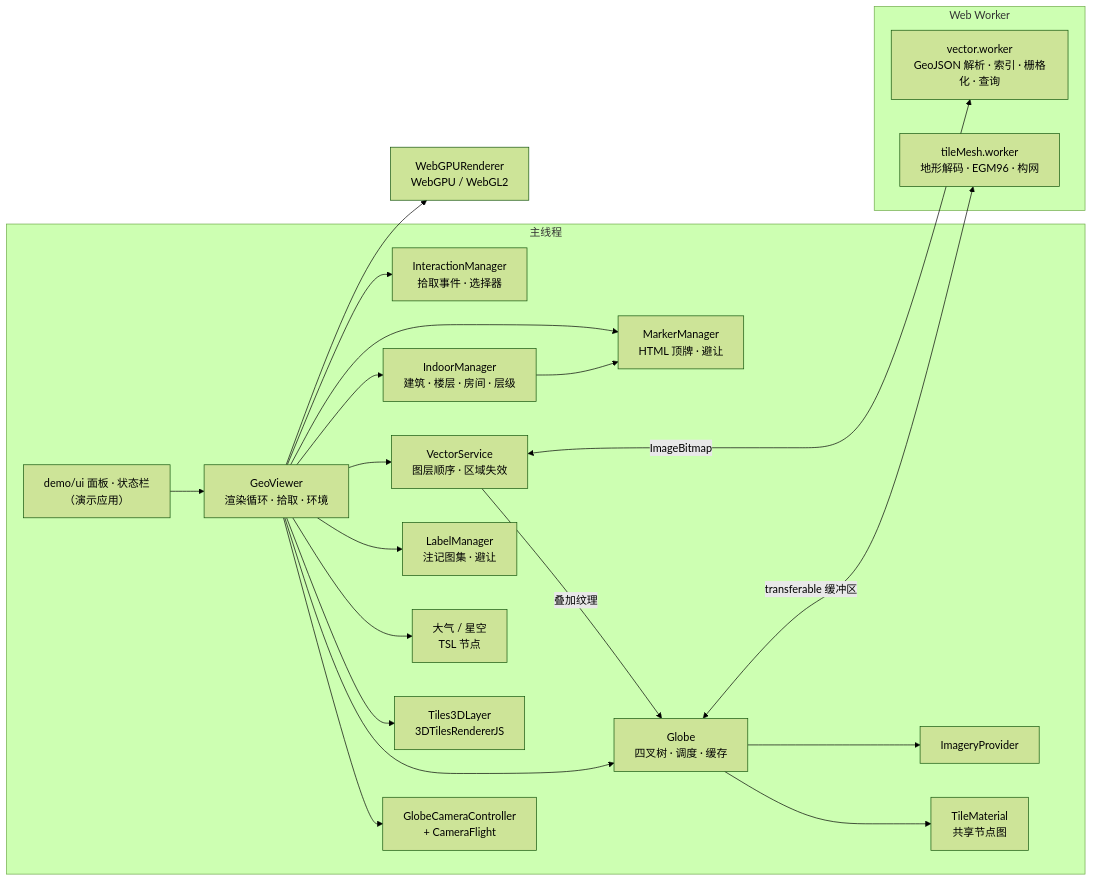
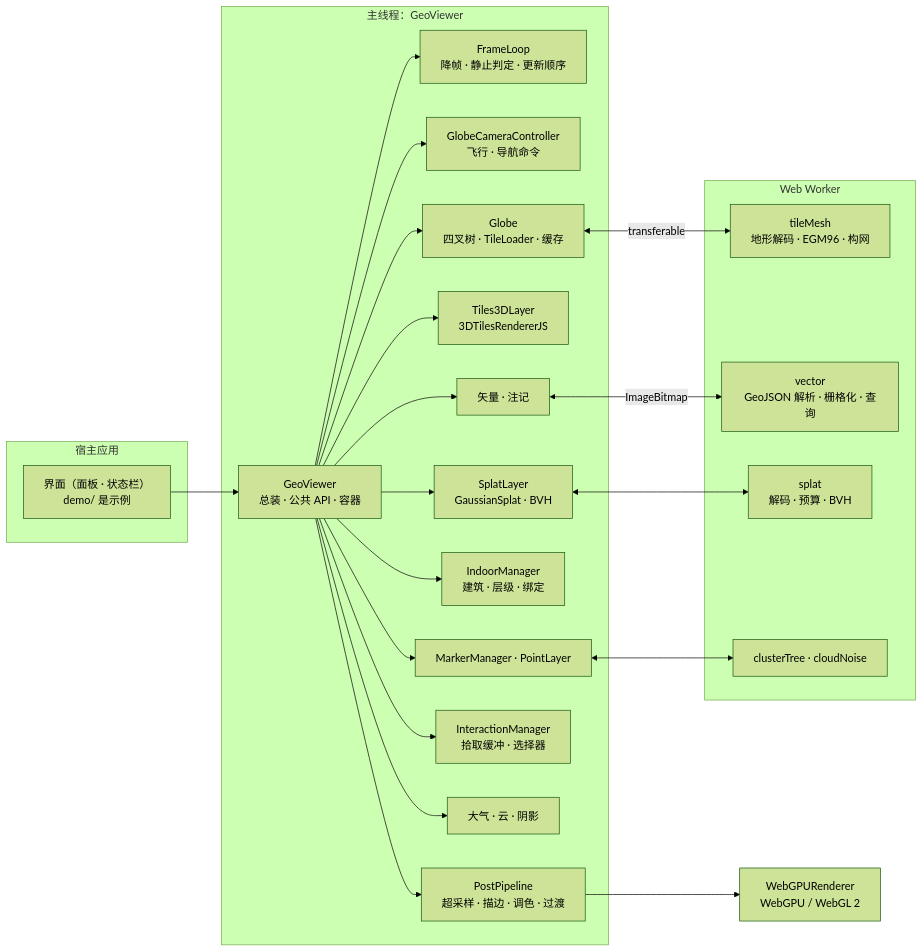
One commit to Yoy0o/TerraView changed the diagram in README.md. Above: the diagram before and after it, drawn with Mermaid (forest theme). The commit also changed other lines of this file and 6 other files, not shown here.

````diff
--- a/README.md
+++ b/README.md
@@ -215,26 +334,31 @@
 ```mermaid
 flowchart LR
-  subgraph Main["主线程"]
-    UI["demo/ui 面板 · 状态栏<br/>（演示应用）"] --> V["GeoViewer<br/>渲染循环 · 拾取 · 环境"]
-    V --> C["GlobeCameraController<br/>+ CameraFlight"]
-    V --> G["Globe<br/>四叉树 · 调度 · 缓存"]
+  subgraph Host["宿主应用"]
+    UI["界面（面板 · 状态栏）<br/>demo/ 是示例"]
+  end
+  subgraph Main["主线程：GeoViewer"]
+    V["GeoViewer<br/>总装 · 公共 API · 容器"] --> FL["FrameLoop<br/>降帧 · 静止判定 · 更新顺序"]
+    V --> C["GlobeCameraController<br/>飞行 · 导航命令"]
+    V --> G["Globe<br/>四叉树 · TileLoader · 缓存"]
     V --> T["Tiles3DLayer<br/>3DTilesRendererJS"]
-    V --> A["大气 / 星空<br/>TSL 节点"]
-    V --> L["LabelManager<br/>注记图集 · 避让"]
-    V --> VS["VectorService<br/>图层顺序 · 区域失效"]
-    V --> IN["IndoorManager<br/>建筑 · 楼层 · 房间 · 层级"]
-    V --> MK["MarkerManager<br/>HTML 顶牌 · 避让"]
-    V --> IA["InteractionManager<br/>拾取事件 · 选择器"]
-    IN --> MK
-    G --> M["TileMaterial<br/>共享节点图"]
-    G --> I["ImageryProvider"]
-    VS -->|"叠加纹理"| G
+    V --> SP["SplatLayer<br/>GaussianSplat · BVH"]
+    V --> VS["矢量 · 注记"]
+    V --> IN["IndoorManager<br/>建筑 · 层级 · 绑定"]
+    V --> MK["MarkerManager · PointLayer"]
+    V --> IA["InteractionManager<br/>拾取缓冲 · 选择器"]
+    V --> ENV["大气 · 云 · 阴影"]
+    V --> PP["PostPipeline<br/>超采样 · 描边 · 调色 · 过渡"]
   end
   subgraph Workers["Web Worker"]
-    W["tileMesh.worker<br/>地形解码 · EGM96 · 构网"]
-    VW["vector.worker<br/>GeoJSON 解析 · 索引 · 栅格化 · 查询"]
+    W1["tileMesh<br/>地形解码 · EGM96 · 构网"]
+    W2["vector<br/>GeoJSON 解析 · 栅格化 · 查询"]
+    W3["splat<br/>解码 · 预算 · BVH"]
+    W4["clusterTree · cloudNoise"]
   end
-  G <-->|"transferable 缓冲区"| W
-  VS <-->|"ImageBitmap"| VW
-  V --> R["WebGPURenderer<br/>WebGPU / WebGL2"]
+  UI --> V
+  G <-->|transferable| W1
+  VS <-->|ImageBitmap| W2
+  SP <--> W3
+  MK <--> W4
+  PP --> R["WebGPURenderer<br/>WebGPU / WebGL 2"]
 ```
````
